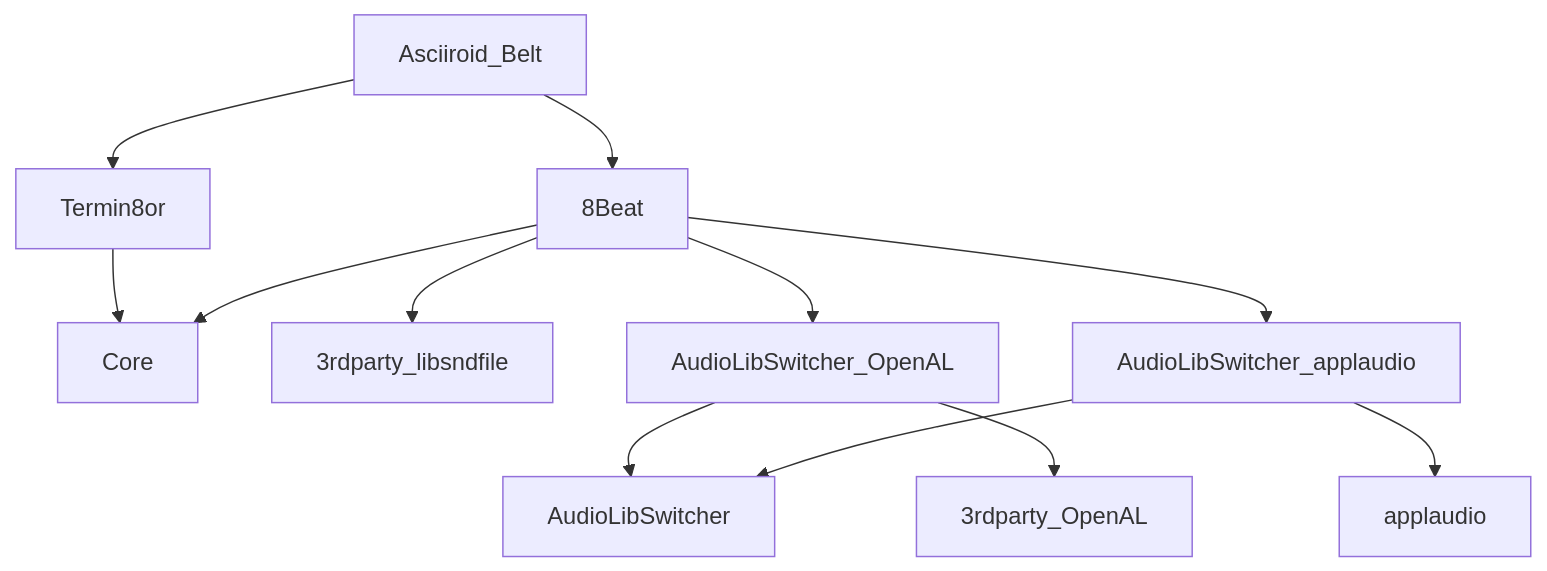
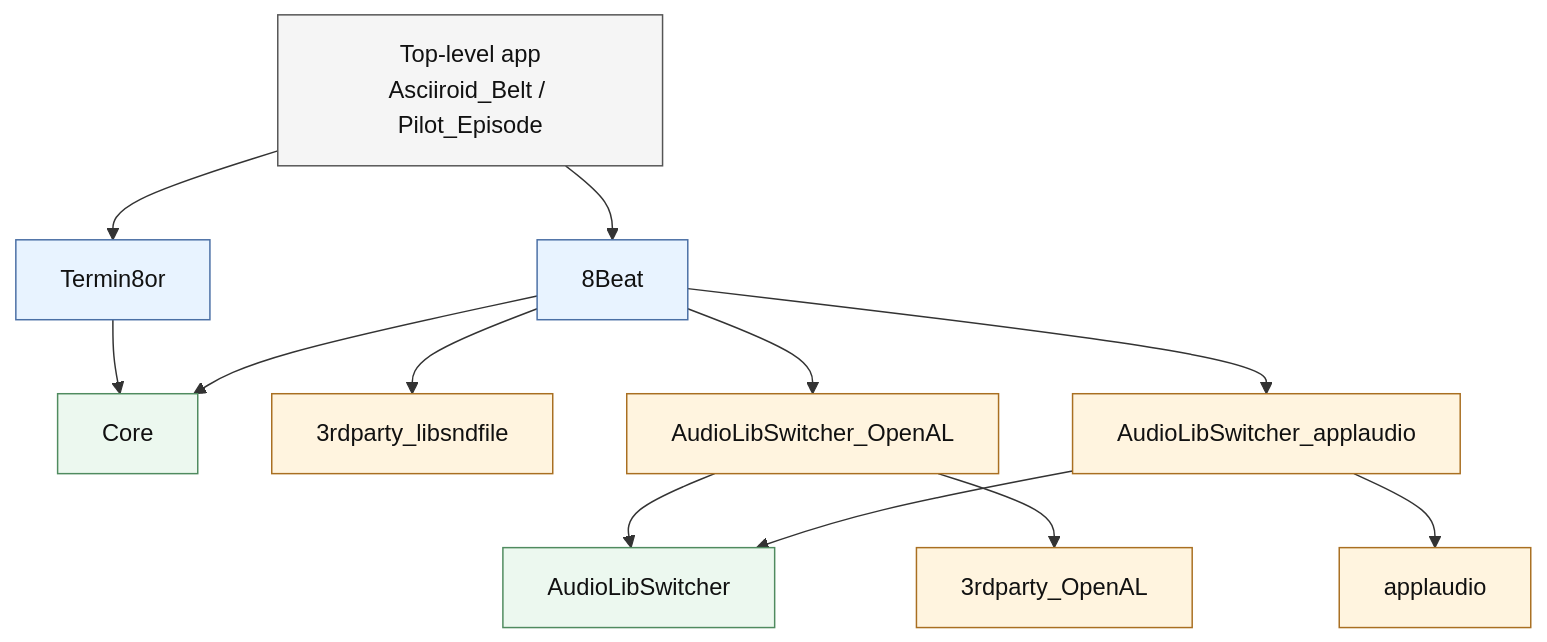
One commit to razterizer/forge changed the diagram in README.md. Above: the diagram before and after it, drawn with Mermaid. The commit also changed other lines of this file and 1 other file, not shown here.

````diff
--- a/README.md
+++ b/README.md
@@ -722,18 +723,28 @@
 ```mermaid
 flowchart TD
-  Asciiroid["Asciiroid_Belt"] --> Termin8or["Termin8or"]
-  Asciiroid --> EightBeat["8Beat"]
+  App["Top-level app<br/>Asciiroid_Belt / Pilot_Episode"] --> Termin8or["Termin8or"]
+  App --> EightBeat["8Beat"]
 
   Termin8or --> Core["Core"]
 
   EightBeat --> Core
   EightBeat --> Libsndfile["3rdparty_libsndfile"]
   EightBeat --> OpenALAdapter["AudioLibSwitcher_OpenAL"]
   EightBeat --> ApplaudioAdapter["AudioLibSwitcher_applaudio"]
 
   OpenALAdapter --> AudioLibSwitcher["AudioLibSwitcher"]
   OpenALAdapter --> OpenAL["3rdparty_OpenAL"]
 
   ApplaudioAdapter --> AudioLibSwitcher
   ApplaudioAdapter --> Applaudio["applaudio"]
+
+  classDef app fill:#f5f5f5,stroke:#555,color:#111;
+  classDef direct fill:#e8f3ff,stroke:#4a6fa5,color:#111;
+  classDef shared fill:#ecf8ef,stroke:#4f8b5f,color:#111;
+  classDef platform fill:#fff4df,stroke:#a96f21,color:#111;
+
+  class App app;
+  class Termin8or,EightBeat direct;
+  class Core,AudioLibSwitcher shared;
+  class Libsndfile,OpenALAdapter,ApplaudioAdapter,OpenAL,Applaudio platform;
 ```
````
